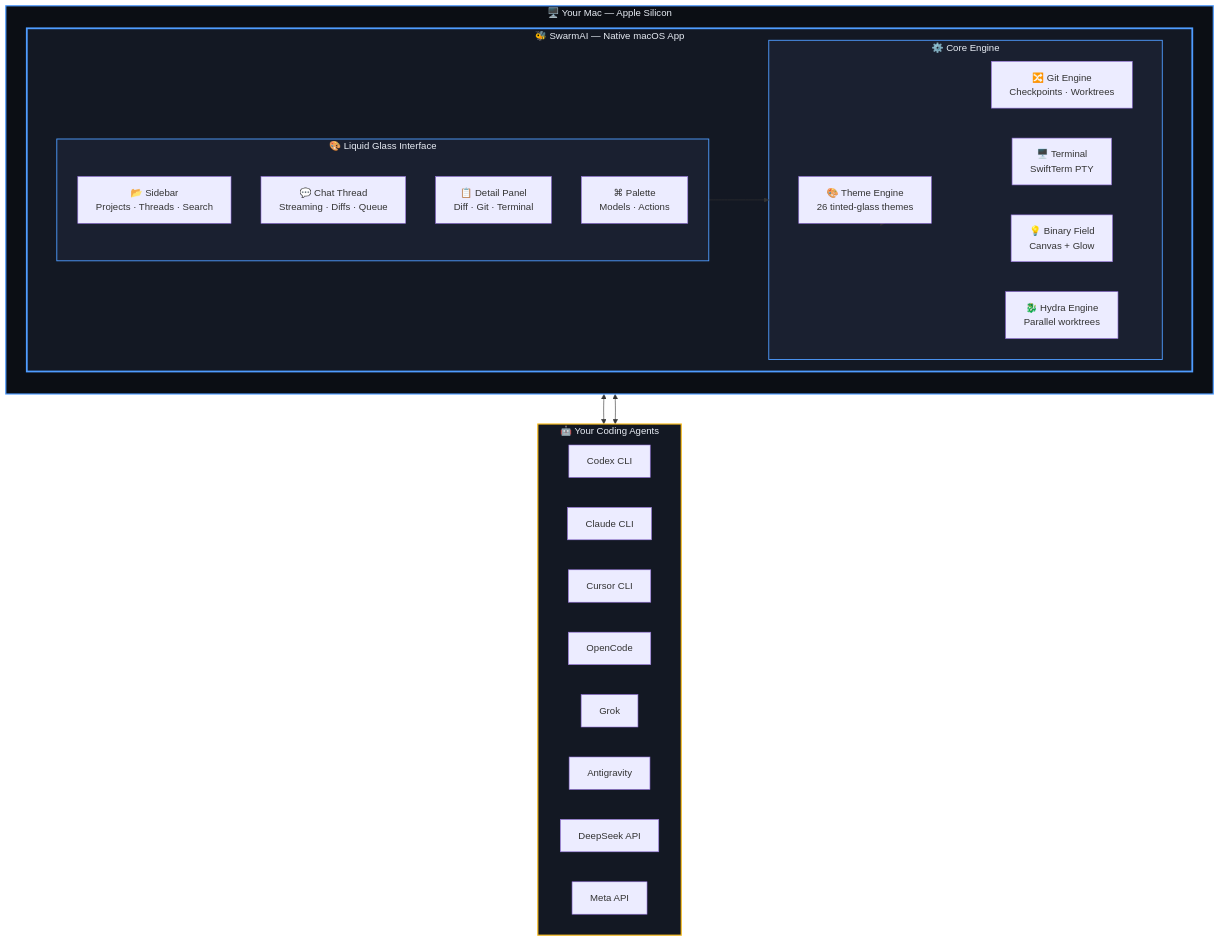
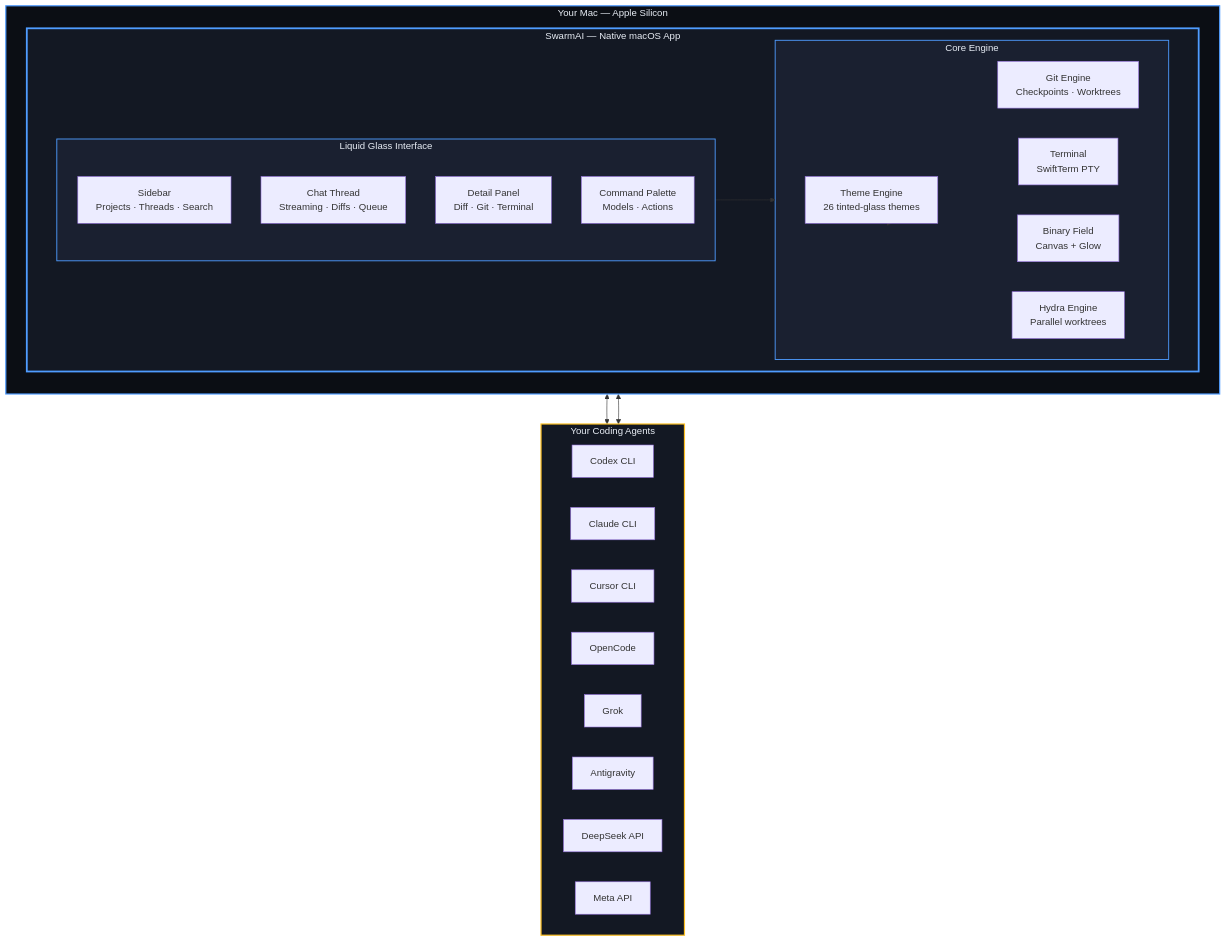
Before and after one commit to soumyachk101/Swarm-Code: the diagram in SwarmAI-Release/README.md, drawn with Mermaid. The commit also changed 2 other files, not shown here.

Commit message:
docs(release): update TRADEMARK, THIRD_PARTY_NOTICES, and README architecture

````diff
--- a/SwarmAI-Release/README.md
+++ b/SwarmAI-Release/README.md
@@ -95,53 +95,53 @@
 ```mermaid
 graph TB
-    subgraph Mac["🖥️ Your Mac — Apple Silicon"]
+    subgraph Mac["Your Mac — Apple Silicon"]
         direction TB
-        subgraph SwarmAI["🐝 SwarmAI — Native macOS App"]
+        subgraph SwarmAI["SwarmAI — Native macOS App"]
             direction LR
-            subgraph UI["🎨 Liquid Glass Interface"]
+            subgraph UI["Liquid Glass Interface"]
                 direction TB
-                Sidebar["📂 Sidebar\nProjects · Threads · Search"]
-                Chat["💬 Chat Thread\nStreaming · Diffs · Queue"]
-                Detail["📋 Detail Panel\nDiff · Git · Terminal"]
-                Palette["⌘ Palette\nModels · Actions"]
+                Sidebar["Sidebar\nProjects · Threads · Search"]
+                Chat["Chat Thread\nStreaming · Diffs · Queue"]
+                Detail["Detail Panel\nDiff · Git · Terminal"]
+                Palette["Command Palette\nModels · Actions"]
             end
-            subgraph Engine["⚙️ Core Engine"]
-                ThemeEngine["🎨 Theme Engine\n26 tinted-glass themes"]
-                BinaryField["💡 Binary Field\nCanvas + Glow"]
-                HydraEngine["🐉 Hydra Engine\nParallel worktrees"]
-                GitEngine["🔀 Git Engine\nCheckpoints · Worktrees"]
-                TerminalEngine["🖥️ Terminal\nSwiftTerm PTY"]
+            subgraph Engine["Core Engine"]
+                ThemeEngine["Theme Engine\n26 tinted-glass themes"]
+                BinaryField["Binary Field\nCanvas + Glow"]
+                HydraEngine["Hydra Engine\nParallel worktrees"]
+                GitEngine["Git Engine\nCheckpoints · Worktrees"]
+                TerminalEngine["Terminal\nSwiftTerm PTY"]
             end
         end
     end
 
-    subgraph Agents["🤖 Your Coding Agents"]
+    subgraph Agents["Your Coding Agents"]
         Codex["Codex CLI"]
         Claude["Claude CLI"]
         Cursor["Cursor CLI"]
         OpenCode["OpenCode"]
         Grok["Grok"]
         Antigravity["Antigravity"]
         DeepSeek["DeepSeek API"]
         Meta["Meta API"]
     end
 
     UI --> Engine
     Engine --> GitEngine
     Engine --> TerminalEngine
     Engine --> ThemeEngine
     Engine --> BinaryField
     Engine --> HydraEngine
 
     Chat <--> Agents
     HydraEngine <--> Agents
 
     style Mac fill:#0b0e14,stroke:#4f9cff,stroke-width:2px,color:#e8edf5
     style SwarmAI fill:#131823,stroke:#4f9cff,stroke-width:3px,color:#e8edf5
     style UI fill:#1a2030,stroke:#4f9cff,stroke-width:1.5px,color:#e8edf5
     style Engine fill:#1a2030,stroke:#4f9cff,stroke-width:1.5px,color:#e8edf5
     style Agents fill:#131823,stroke:#fbbf24,stroke-width:2px,color:#e8edf5
 
     class Sidebar,Chat,Detail,Palette,ThemeEngine,BinaryField,HydraEngine,GitEngine,TerminalEngine engineStyle
     class Codex,Claude,Cursor,OpenCode,Grok,Antigravity,DeepSeek,Meta agentStyle
 ```
````
